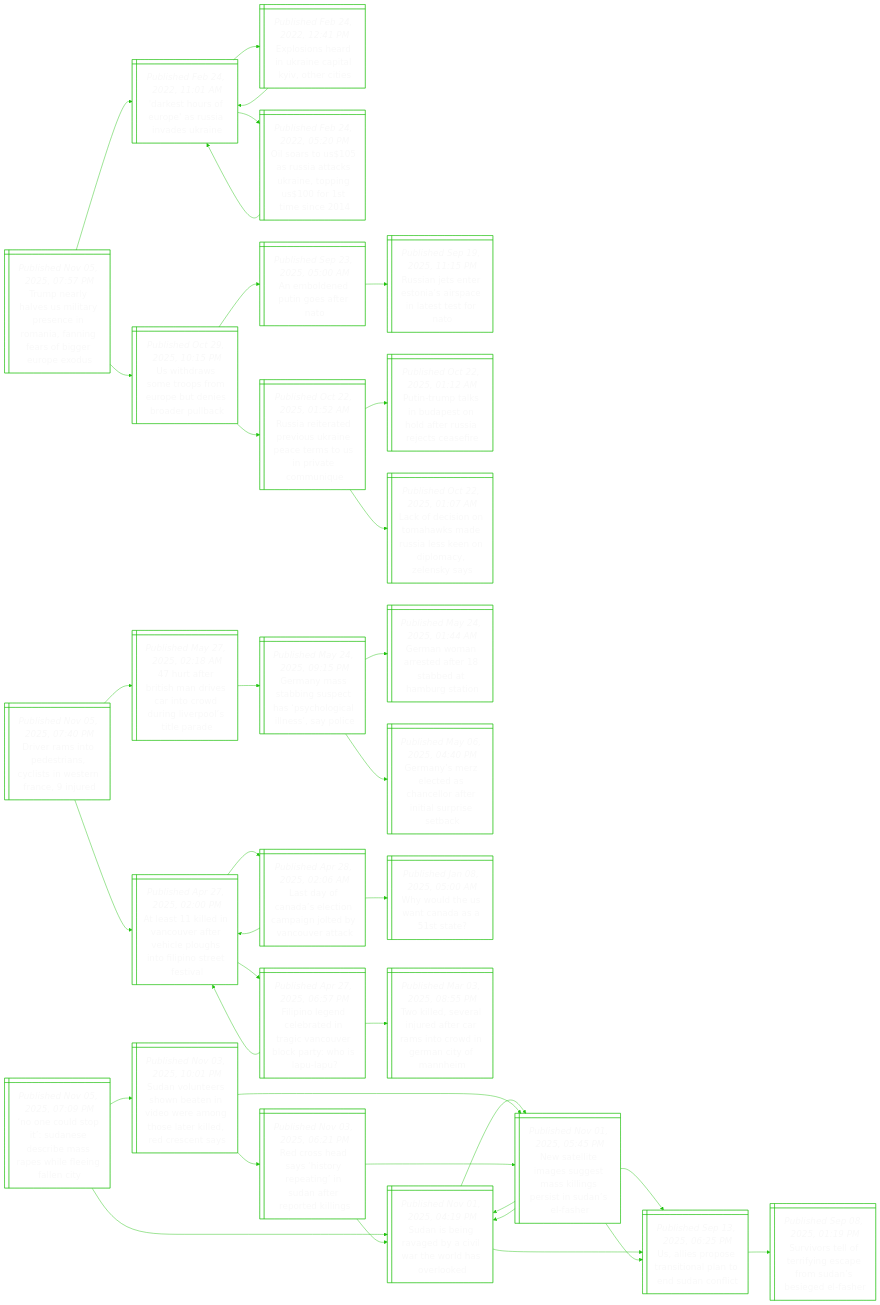
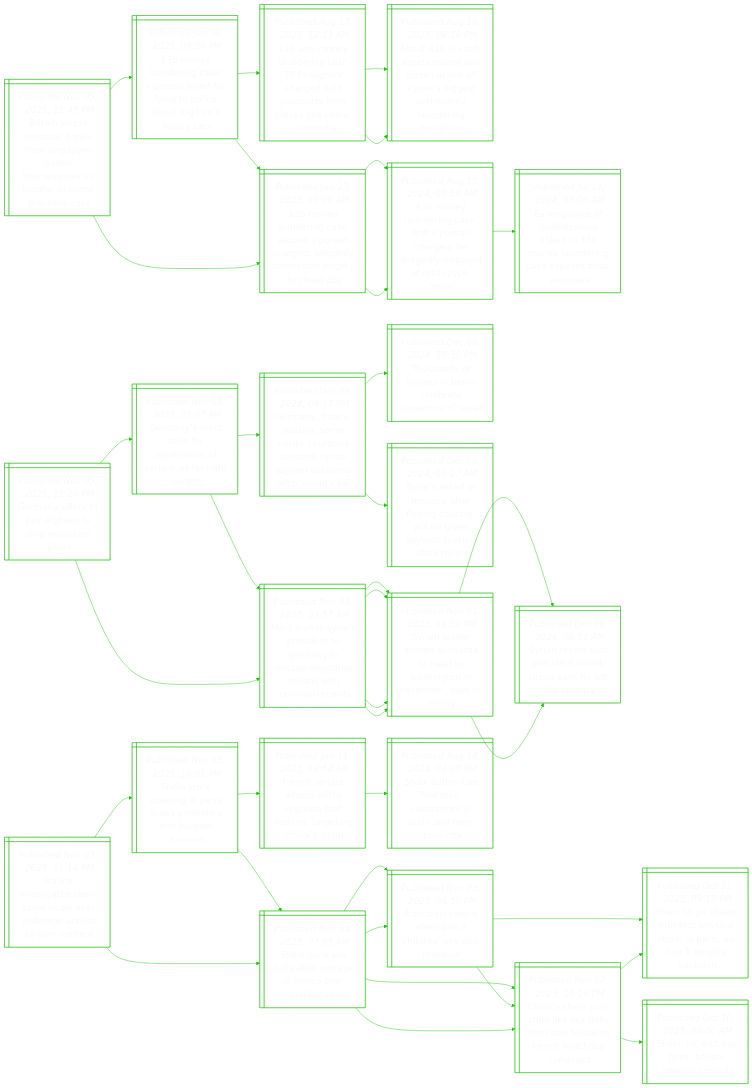
Before and after one commit to notJmes/notJmes: the diagram in README.md, drawn with Mermaid. The commit also changed other lines of this file, not shown here.

````diff
--- a/README.md
+++ b/README.md
@@ -16,121 +16,118 @@
 flowchart LR
 classDef txtsize font-size:20px;
 
-Tnyeirsiaagsgues@{ shape: win-pane, label: "_Published Nov 05, 2025, 07:57 PM_
-Trump nearly halves us military presence in romania, fanning fears of bigger europe exodus" }
-DsruasvUn@{ shape: win-pane, label: "_Published Feb 24, 2022, 11:01 AM_
-'darkest hours of europe' as russia invades ukraine" }
-Eshiaalocs@{ shape: win-pane, label: "_Published Feb 24, 2022, 12:41 PM_
-Explosions heard in ukraine capital kyiv, other cities" }
-DsruasvUn@{ shape: win-pane, label: "_Published Feb 24, 2022, 11:01 AM_
-'darkest hours of europe' as russia invades ukraine" }
-OaUuakaogrmc@{ shape: win-pane, label: "_Published Feb 24, 2022, 05:20 PM_
-Oil soars to us$105 as russia attacks ukraine, topping us$100 for 1st time since 2014" }
-DsruasvUn@{ shape: win-pane, label: "_Published Feb 24, 2022, 11:01 AM_
-'darkest hours of europe' as russia invades ukraine" }
-UhstsEeebel@{ shape: win-pane, label: "_Published Oct 29, 2025, 10:15 PM_
-Us withdraws some troops from europe but denies broader pullback" }
-Aoeisr@{ shape: win-pane, label: "_Published Sep 23, 2025, 05:00 AM_
-An emboldened putin goes after nato" }
-Rasrnicatoo@{ shape: win-pane, label: "_Published Sep 19, 2025, 11:15 PM_
-Russian jets enter estonia’s airspace in latest test for nato" }
-Raedikeesivoi@{ shape: win-pane, label: "_Published Oct 22, 2025, 01:52 AM_
-Russia reiterated previous ukraine peace terms to us in private communique" }
-PTtiaodrieei@{ shape: win-pane, label: "_Published Oct 22, 2025, 01:12 AM_
-Putin-trump talks in budapest on hold after russia rejects ceasefire" }
-Lfsnhmuledmeks@{ shape: win-pane, label: "_Published Oct 22, 2025, 01:07 AM_
-Lack of decision on tomahawks made russia less keen on diplomacy, zelensky says" }
+BiznrsSpausSgneea@{ shape: win-pane, label: "_Published Nov 05, 2025, 11:45 PM_
+Britain seizes dinosaur bones from singapore-based businessman su binghai in crime proceeds case" }
+bydgSalrglbuvxa@{ shape: win-pane, label: "_Published Jun 30, 2025, 06:50 PM_
+$3b money laundering case: s’porean jailed for lying to police about fugitive’s luxury cars" }
+bmlebfgcedpfllhai@{ shape: win-pane, label: "_Published Aug 17, 2023, 12:13 AM_
+$1b anti-money laundering blitz: 10 foreigners charged hold passports from places like china, cambodia" }
+AbseinzoSsetennrn@{ shape: win-pane, label: "_Published Aug 16, 2023, 08:18 PM_
+About $1b in cash, assets seized and frozen in one of s’pore’s biggest anti-money laundering operations" }
+AbseinzoSsetennrn@{ shape: win-pane, label: "_Published Aug 16, 2023, 08:18 PM_
+About $1b in cash, assets seized and frozen in one of s’pore’s biggest anti-money laundering operations" }
+bydgSdeaaeotrta@{ shape: win-pane, label: "_Published Jan 23, 2025, 10:09 AM_
+$3b money laundering case: second s’porean charged; allegedly committed forgery to cheat dbs" }
+bydgFSaregdsRRFr@{ shape: win-pane, label: "_Published Aug 15, 2024, 09:56 AM_
+$3b money laundering case: first s’porean charged; he allegedly disposed of rolls-royce, ferrari" }
+bydgSdeaaeotrta@{ shape: win-pane, label: "_Published Jan 23, 2025, 10:09 AM_
+$3b money laundering case: second s’porean charged; allegedly committed forgery to cheat dbs" }
+bydgFSaregdsRRFr@{ shape: win-pane, label: "_Published Aug 15, 2024, 09:56 AM_
+$3b money laundering case: first s’porean charged; he allegedly disposed of rolls-royce, ferrari" }
+Eloimnoennesse@{ shape: win-pane, label: "_Published Jul 14, 2024, 05:00 AM_
+Ex-employee of businessman linked to $3b money laundering case exposes boss’ excesses" }
 
-Tnyeirsiaagsgues:::txtsize --> DsruasvUn:::txtsize
-DsruasvUn:::txtsize --> Eshiaalocs:::txtsize
-Eshiaalocs:::txtsize --> DsruasvUn:::txtsize
-DsruasvUn:::txtsize --> OaUuakaogrmc:::txtsize
-OaUuakaogrmc:::txtsize --> DsruasvUn:::txtsize
-Tnyeirsiaagsgues:::txtsize --> UhstsEeebel:::txtsize
-UhstsEeebel:::txtsize --> Aoeisr:::txtsize
-Aoeisr:::txtsize --> Rasrnicatoo:::txtsize
-UhstsEeebel:::txtsize --> Raedikeesivoi:::txtsize
-Raedikeesivoi:::txtsize --> PTtiaodrieei:::txtsize
-Raedikeesivoi:::txtsize --> Lfsnhmuledmeks:::txtsize
+BiznrsSpausSgneea:::txtsize --> bydgSalrglbuvxa:::txtsize
+bydgSalrglbuvxa:::txtsize --> bmlebfgcedpfllhai:::txtsize
+bmlebfgcedpfllhai:::txtsize --> AbseinzoSsetennrn:::txtsize
+bmlebfgcedpfllhai:::txtsize --> AbseinzoSsetennrn:::txtsize
+bydgSalrglbuvxa:::txtsize --> bydgSdeaaeotrta:::txtsize
+bydgSdeaaeotrta:::txtsize --> bydgFSaregdsRRFr:::txtsize
+BiznrsSpausSgneea:::txtsize --> bydgSdeaaeotrta:::txtsize
+bydgSdeaaeotrta:::txtsize --> bydgFSaregdsRRFr:::txtsize
+bydgFSaregdsRRFr:::txtsize --> Eloimnoennesse:::txtsize
 
-Driercswrnj@{ shape: win-pane, label: "_Published Nov 05, 2025, 07:40 PM_
-Driver rams into pedestrians, cyclists in western france, 9 injured" }
-hfrhrctwivotr@{ shape: win-pane, label: "_Published May 27, 2025, 02:18 AM_
-47 hurt after british man drives car into crowd during liverpool’s title parade" }
-Gnsbutslanai@{ shape: win-pane, label: "_Published May 24, 2025, 09:15 PM_
-Germany mass stabbing suspect has ‘psychological illness’, say police" }
-Gnnsftdmso@{ shape: win-pane, label: "_Published May 24, 2025, 01:44 AM_
-German woman arrested after 18 stabbed at hamburg station" }
-Gnrcscrrirea@{ shape: win-pane, label: "_Published May 06, 2025, 04:40 PM_
-Germany’s merz elected as chancellor after initial surprise setback" }
-AslVufeegtisti@{ shape: win-pane, label: "_Published Apr 27, 2025, 02:00 PM_
-At least 11 killed in vancouver after vehicle ploughs into filipino street festival" }
-LaastagtVut@{ shape: win-pane, label: "_Published Apr 28, 2025, 02:06 AM_
-Last day of canada’s election campaign jolted by vancouver attack" }
-AslVufeegtisti@{ shape: win-pane, label: "_Published Apr 27, 2025, 02:00 PM_
-At least 11 killed in vancouver after vehicle ploughs into filipino street festival" }
-Wuenaaa@{ shape: win-pane, label: "_Published Jan 08, 2025, 05:00 AM_
-Why would the us want canada as a 51st state?" }
-FigeanicrkysL@{ shape: win-pane, label: "_Published Apr 27, 2025, 06:57 PM_
-Filipino legend celebrated in tragic vancouver block party: who is lapu-lapu?" }
-AslVufeegtisti@{ shape: win-pane, label: "_Published Apr 27, 2025, 02:00 PM_
-At least 11 killed in vancouver after vehicle ploughs into filipino street festival" }
-Tlelrtrirnaynm@{ shape: win-pane, label: "_Published Mar 03, 2025, 08:55 PM_
-Two killed, several injured after car rams into crowd in german city of mannheim" }
+Gnepgtpcns@{ shape: win-pane, label: "_Published Nov 05, 2025, 11:20 PM_
+Germany offers to pay afghans to drop relocation plans" }
+Gnrlrroysrte@{ shape: win-pane, label: "_Published Nov 04, 2025, 07:37 PM_
+Germany’s merz calls for repatriation of syrians as far-right surges" }
+Gnnssocrudalcneal@{ shape: win-pane, label: "_Published Dec 09, 2024, 09:17 PM_
+Germany, france, austria, some nordic countries suspend syrian asylum decisions after assad’s fall" }
+TafaBnbdtfd@{ shape: win-pane, label: "_Published Dec 08, 2024, 10:35 PM_
+Thousands of syrians in berlin celebrate departure of assad" }
+SsdsflgtlisRati@{ shape: win-pane, label: "_Published Dec 09, 2024, 03:27 AM_
+Syria’s assad in moscow after fleeing country, will be given asylum: russian state media" }
+Mnsastrtceirwrao@{ shape: win-pane, label: "_Published Nov 04, 2025, 03:57 AM_
+Merz invites syria’s president to germany to discuss deporting syrians with criminal records" }
+SneehtdstNbyn@{ shape: win-pane, label: "_Published Nov 01, 2025, 11:51 PM_
+Syrian leader ahmed al-sharaa to head to washington in november, says us envoy" }
+SneehtdstNbyn@{ shape: win-pane, label: "_Published Nov 01, 2025, 11:51 PM_
+Syrian leader ahmed al-sharaa to head to washington in november, says us envoy" }
+Mnsastrtceirwrao@{ shape: win-pane, label: "_Published Nov 04, 2025, 03:57 AM_
+Merz invites syria’s president to germany to discuss deporting syrians with criminal records" }
+SneehtdstNbyn@{ shape: win-pane, label: "_Published Nov 01, 2025, 11:51 PM_
+Syrian leader ahmed al-sharaa to head to washington in november, says us envoy" }
+SnltiARahtoy@{ shape: win-pane, label: "_Published Dec 08, 2024, 08:51 AM_
+Syrian rebels oust president assad; russia says he left the country" }
+SneehtdstNbyn@{ shape: win-pane, label: "_Published Nov 01, 2025, 11:51 PM_
+Syrian leader ahmed al-sharaa to head to washington in november, says us envoy" }
+SnltiARahtoy@{ shape: win-pane, label: "_Published Dec 08, 2024, 08:51 AM_
+Syrian rebels oust president assad; russia says he left the country" }
 
-Driercswrnj:::txtsize --> hfrhrctwivotr:::txtsize
-hfrhrctwivotr:::txtsize --> Gnsbutslanai:::txtsize
-Gnsbutslanai:::txtsize --> Gnnsftdmso:::txtsize
-Gnsbutslanai:::txtsize --> Gnrcscrrirea:::txtsize
-Driercswrnj:::txtsize --> AslVufeegtisti:::txtsize
-AslVufeegtisti:::txtsize --> LaastagtVut:::txtsize
-LaastagtVut:::txtsize --> AslVufeegtisti:::txtsize
-LaastagtVut:::txtsize --> Wuenaaa:::txtsize
-AslVufeegtisti:::txtsize --> FigeanicrkysL:::txtsize
-FigeanicrkysL:::txtsize --> AslVufeegtisti:::txtsize
-FigeanicrkysL:::txtsize --> Tlelrtrirnaynm:::txtsize
+Gnepgtpcns:::txtsize --> Gnrlrroysrte:::txtsize
+Gnrlrroysrte:::txtsize --> Gnnssocrudalcneal:::txtsize
+Gnnssocrudalcneal:::txtsize --> TafaBnbdtfd:::txtsize
+Gnnssocrudalcneal:::txtsize --> SsdsflgtlisRati:::txtsize
+Gnrlrroysrte:::txtsize --> Mnsastrtceirwrao:::txtsize
+Mnsastrtceirwrao:::txtsize --> SneehtdstNbyn:::txtsize
+Mnsastrtceirwrao:::txtsize --> SneehtdstNbyn:::txtsize
+Gnepgtpcns:::txtsize --> Mnsastrtceirwrao:::txtsize
+Mnsastrtceirwrao:::txtsize --> SneehtdstNbyn:::txtsize
+SneehtdstNbyn:::txtsize --> SnltiARahtoy:::txtsize
+Mnsastrtceirwrao:::txtsize --> SneehtdstNbyn:::txtsize
+SneehtdstNbyn:::txtsize --> SnltiARahtoy:::txtsize
 
-Ncstnebsseili@{ shape: win-pane, label: "_Published Nov 05, 2025, 07:09 PM_
-‘no one could stop it’: sudanese describe mass rapes while fleeing fallen city" }
-Sinayitrsld@{ shape: win-pane, label: "_Published Nov 01, 2025, 04:19 PM_
-Sudan is being ravaged by a civil war the world has overlooked" }
-Nttggmigsnna@{ shape: win-pane, label: "_Published Nov 01, 2025, 05:45 PM_
-New satellite images suggest mass killings persist in sudan’s el-fasher" }
-Sinayitrsld@{ shape: win-pane, label: "_Published Nov 01, 2025, 04:19 PM_
-Sudan is being ravaged by a civil war the world has overlooked" }
-Uiotiandnl@{ shape: win-pane, label: "_Published Sep 13, 2025, 06:25 PM_
-Us, allies propose transitional plan to end sudan conflict" }
-Uiotiandnl@{ shape: win-pane, label: "_Published Sep 13, 2025, 06:25 PM_
-Us, allies propose transitional plan to end sudan conflict" }
-SvetfeeSsele@{ shape: win-pane, label: "_Published Sep 08, 2025, 01:19 PM_
-Survivors tell of terrifying escape from sudan’s besieged el-fasher" }
-Svtsbndrnseldca@{ shape: win-pane, label: "_Published Nov 03, 2025, 10:01 PM_
-Sudan volunteers shown beaten in video were among those later killed, red crescent says" }
-Nttggmigsnna@{ shape: win-pane, label: "_Published Nov 01, 2025, 05:45 PM_
-New satellite images suggest mass killings persist in sudan’s el-fasher" }
-Sinayitrsld@{ shape: win-pane, label: "_Published Nov 01, 2025, 04:19 PM_
-Sudan is being ravaged by a civil war the world has overlooked" }
-Uiotiandnl@{ shape: win-pane, label: "_Published Sep 13, 2025, 06:25 PM_
-Us, allies propose transitional plan to end sudan conflict" }
-Roasopnufeel@{ shape: win-pane, label: "_Published Nov 03, 2025, 06:21 PM_
-Red cross head says ‘history repeating’ in sudan after reported killings" }
-Nttggmigsnna@{ shape: win-pane, label: "_Published Nov 01, 2025, 05:45 PM_
-New satellite images suggest mass killings persist in sudan’s el-fasher" }
-Sinayitrsld@{ shape: win-pane, label: "_Published Nov 01, 2025, 04:19 PM_
-Sudan is being ravaged by a civil war the world has overlooked" }
+Festemaeeasrt@{ shape: win-pane, label: "_Published Nov 05, 2025, 11:14 PM_
+France investigates shein, some rivals over underage access to porn content" }
+Ssonarrtngus@{ shape: win-pane, label: "_Published Nov 05, 2025, 10:01 PM_
+Shein store opening in paris draws protesters and bargain hunters" }
+Fhtplettirnne@{ shape: win-pane, label: "_Published Jun 11, 2025, 12:54 AM_
+French senate adopts bill to regulate fast fashion, targeting china’s shein" }
+SarstsaiiTrt@{ shape: win-pane, label: "_Published Aug 14, 2024, 01:05 PM_
+Seoul authorities find toxic substances in shein and temu products" }
+Sbelerncrdo@{ shape: win-pane, label: "_Published Nov 04, 2025, 07:05 AM_
+Shein bans sex dolls after outrage in france over ‘childlike’ ones" }
+FeaSbclelp@{ shape: win-pane, label: "_Published Nov 03, 2025, 08:50 PM_
+France threatens shein ban if ‘childlike’ sex dolls reappear" }
+CsnsdsloeoFhhoi@{ shape: win-pane, label: "_Published Nov 02, 2025, 10:16 PM_
+China’s shein pulls child-like sex dolls from sale following french watchdog complaint" }
+Sbelerncrdo@{ shape: win-pane, label: "_Published Nov 04, 2025, 07:05 AM_
+Shein bans sex dolls after outrage in france over ‘childlike’ ones" }
+FeaSbclelp@{ shape: win-pane, label: "_Published Nov 03, 2025, 08:50 PM_
+France threatens shein ban if ‘childlike’ sex dolls reappear" }
+CsnsdsloeoFhhoi@{ shape: win-pane, label: "_Published Nov 02, 2025, 10:16 PM_
+China’s shein pulls child-like sex dolls from sale following french watchdog complaint" }
+SthirylerNsba@{ shape: win-pane, label: "_Published Oct 31, 2025, 09:19 PM_
+Shein to go ahead with first physical store, in paris, on nov 5 despite backlash" }
+CsnsdsloeoFhhoi@{ shape: win-pane, label: "_Published Nov 02, 2025, 10:16 PM_
+China’s shein pulls child-like sex dolls from sale following french watchdog complaint" }
+SthirylerNsba@{ shape: win-pane, label: "_Published Oct 31, 2025, 09:19 PM_
+Shein to go ahead with first physical store, in paris, on nov 5 despite backlash" }
+Shtfbsrol@{ shape: win-pane, label: "_Published Oct 10, 2025, 08:00 AM_
+Shein, hit with big fines, boosts internal controls" }
 
-Ncstnebsseili:::txtsize --> Sinayitrsld:::txtsize
-Sinayitrsld:::txtsize --> Nttggmigsnna:::txtsize
-Nttggmigsnna:::txtsize --> Sinayitrsld:::txtsize
-Nttggmigsnna:::txtsize --> Uiotiandnl:::txtsize
-Sinayitrsld:::txtsize --> Uiotiandnl:::txtsize
-Uiotiandnl:::txtsize --> SvetfeeSsele:::txtsize
-Ncstnebsseili:::txtsize --> Svtsbndrnseldca:::txtsize
-Svtsbndrnseldca:::txtsize --> Nttggmigsnna:::txtsize
-Nttggmigsnna:::txtsize --> Sinayitrsld:::txtsize
-Nttggmigsnna:::txtsize --> Uiotiandnl:::txtsize
-Svtsbndrnseldca:::txtsize --> Roasopnufeel:::txtsize
-Roasopnufeel:::txtsize --> Nttggmigsnna:::txtsize
-Roasopnufeel:::txtsize --> Sinayitrsld:::txtsize
+Festemaeeasrt:::txtsize --> Ssonarrtngus:::txtsize
+Ssonarrtngus:::txtsize --> Fhtplettirnne:::txtsize
+Fhtplettirnne:::txtsize --> SarstsaiiTrt:::txtsize
+Ssonarrtngus:::txtsize --> Sbelerncrdo:::txtsize
+Sbelerncrdo:::txtsize --> FeaSbclelp:::txtsize
+Sbelerncrdo:::txtsize --> CsnsdsloeoFhhoi:::txtsize
+Festemaeeasrt:::txtsize --> Sbelerncrdo:::txtsize
+Sbelerncrdo:::txtsize --> FeaSbclelp:::txtsize
+FeaSbclelp:::txtsize --> CsnsdsloeoFhhoi:::txtsize
+FeaSbclelp:::txtsize --> SthirylerNsba:::txtsize
+Sbelerncrdo:::txtsize --> CsnsdsloeoFhhoi:::txtsize
+CsnsdsloeoFhhoi:::txtsize --> SthirylerNsba:::txtsize
+CsnsdsloeoFhhoi:::txtsize --> Shtfbsrol:::txtsize
 
 ```
````
